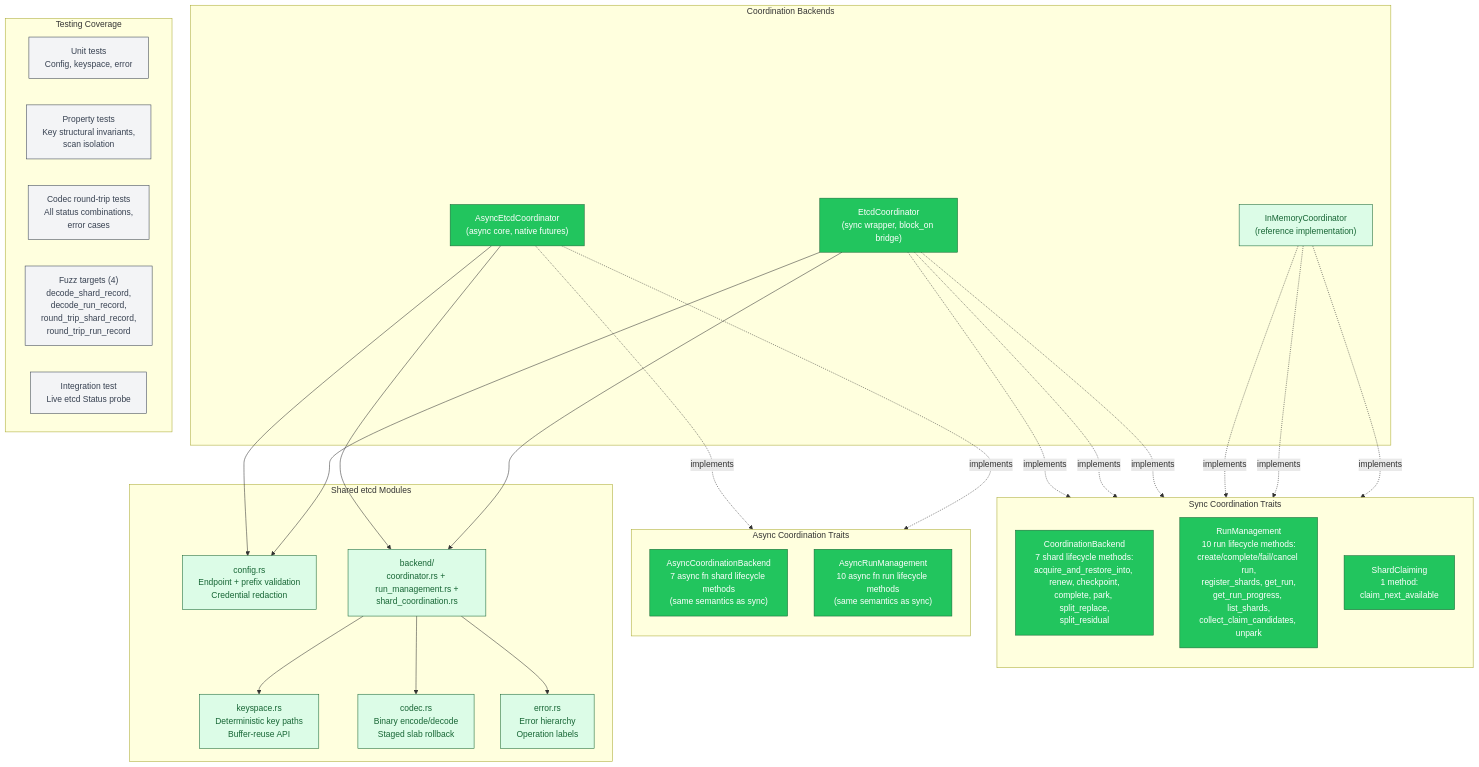
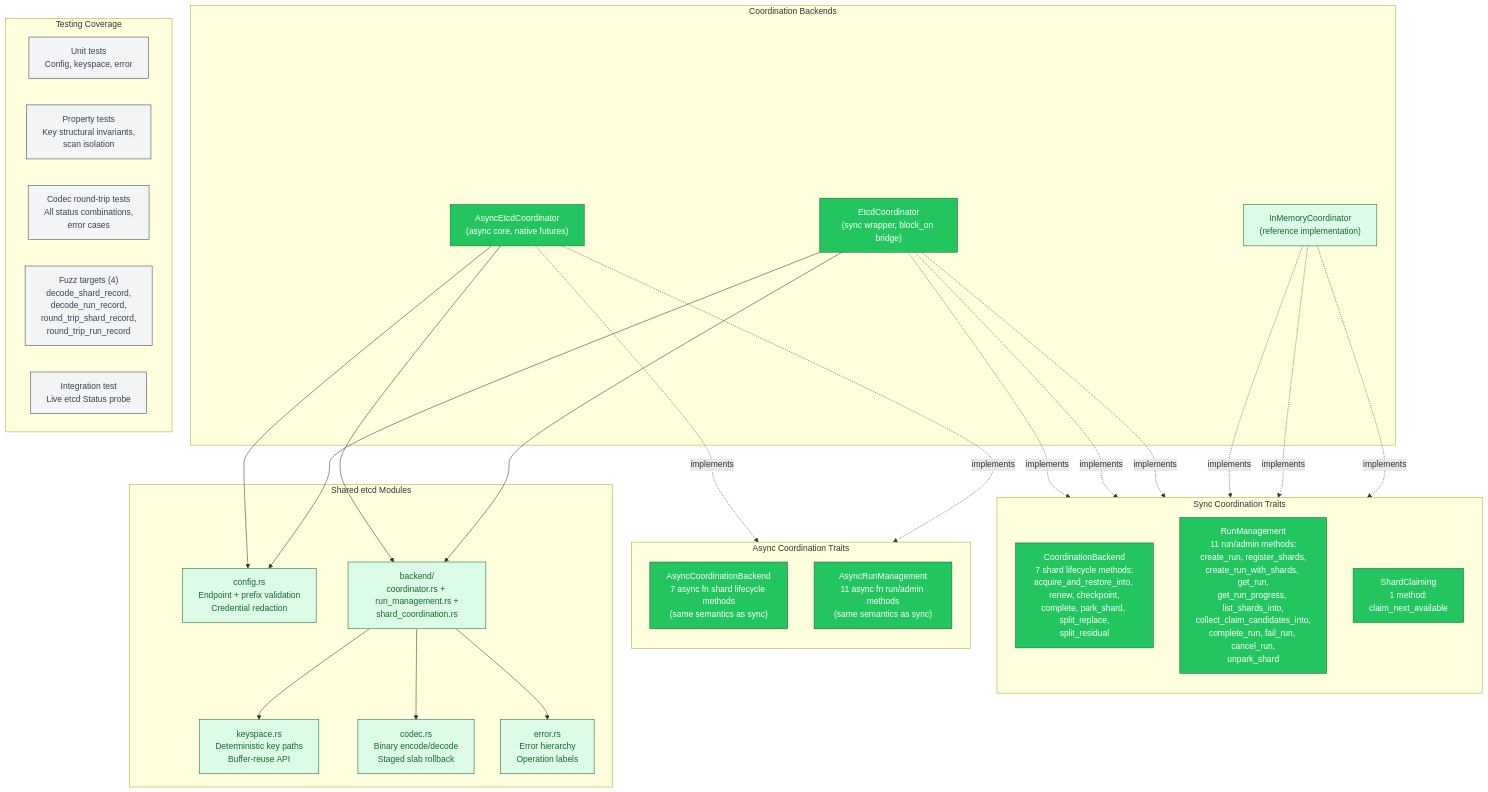
Before and after one commit to ahrav/Gossip-rs: the sixth of 6 diagrams in diagrams/20-etcd-coordinator-persistence.md, drawn with Mermaid. The commit also changed 3 other files, not shown here.

````diff
--- a/diagrams/20-etcd-coordinator-persistence.md
+++ b/diagrams/20-etcd-coordinator-persistence.md
@@ -463,80 +463,80 @@
 ```mermaid
 %% Diagram: etcd-trait-integration
 graph TB
     subgraph sync_traits ["Sync Coordination Traits"]
         direction TB
-        CB_TRAIT["CoordinationBackend<br/>7 shard lifecycle methods:<br/>acquire_and_restore_into, renew, checkpoint,<br/>complete, park, split_replace,<br/>split_residual"]
-        RM_TRAIT["RunManagement<br/>10 run lifecycle methods:<br/>create/complete/fail/cancel run,<br/>register_shards, get_run,<br/>get_run_progress, list_shards,<br/>collect_claim_candidates, unpark"]
+        CB_TRAIT["CoordinationBackend<br/>7 shard lifecycle methods:<br/>acquire_and_restore_into, renew, checkpoint,<br/>complete, park_shard, split_replace,<br/>split_residual"]
+        RM_TRAIT["RunManagement<br/>11 run/admin methods:<br/>create_run, register_shards,<br/>create_run_with_shards, get_run,<br/>get_run_progress, list_shards_into,<br/>collect_claim_candidates_into,<br/>complete_run, fail_run, cancel_run,<br/>unpark_shard"]
         SC_TRAIT["ShardClaiming<br/>1 method:<br/>claim_next_available"]
     end
 
     subgraph async_traits ["Async Coordination Traits"]
         direction TB
         ACB_TRAIT["AsyncCoordinationBackend<br/>7 async fn shard lifecycle methods<br/>(same semantics as sync)"]
-        ARM_TRAIT["AsyncRunManagement<br/>10 async fn run lifecycle methods<br/>(same semantics as sync)"]
+        ARM_TRAIT["AsyncRunManagement<br/>11 async fn run/admin methods<br/>(same semantics as sync)"]
     end
 
     subgraph backends ["Coordination Backends"]
         INMEM_BACK["InMemoryCoordinator<br/>(reference implementation)"]
         ETCD_BACK["EtcdCoordinator<br/>(sync wrapper, block_on bridge)"]
         ASYNC_ETCD_BACK["AsyncEtcdCoordinator<br/>(async core, native futures)"]
     end
 
     subgraph etcd_modules ["Shared etcd Modules"]
         MOD_CONFIG["config.rs<br/>Endpoint + prefix validation<br/>Credential redaction"]
         MOD_KS["keyspace.rs<br/>Deterministic key paths<br/>Buffer-reuse API"]
         MOD_CODEC["codec.rs<br/>Binary encode/decode<br/>Staged slab rollback"]
         MOD_ERR["error.rs<br/>Error hierarchy<br/>Operation labels"]
         MOD_BACK["backend/<br/>coordinator.rs + run_management.rs +<br/>shard_coordination.rs"]
     end
 
     subgraph testing ["Testing Coverage"]
         UNIT["Unit tests<br/>Config, keyspace, error"]
         PROP["Property tests<br/>Key structural invariants,<br/>scan isolation"]
         CODEC_TEST["Codec round-trip tests<br/>All status combinations,<br/>error cases"]
         FUZZ["Fuzz targets (4)<br/>decode_shard_record,<br/>decode_run_record,<br/>round_trip_shard_record,<br/>round_trip_run_record"]
         INTEG["Integration test<br/>Live etcd Status probe"]
     end
 
     INMEM_BACK -.->|"implements"| CB_TRAIT
     INMEM_BACK -.->|"implements"| RM_TRAIT
     INMEM_BACK -.->|"implements"| SC_TRAIT
 
     ETCD_BACK -.->|"implements"| CB_TRAIT
     ETCD_BACK -.->|"implements"| RM_TRAIT
     ETCD_BACK -.->|"implements"| SC_TRAIT
 
     ASYNC_ETCD_BACK -.->|"implements"| ACB_TRAIT
     ASYNC_ETCD_BACK -.->|"implements"| ARM_TRAIT
 
     ETCD_BACK --> MOD_CONFIG
     ETCD_BACK --> MOD_BACK
     ASYNC_ETCD_BACK --> MOD_CONFIG
     ASYNC_ETCD_BACK --> MOD_BACK
 
     MOD_BACK --> MOD_KS
     MOD_BACK --> MOD_CODEC
     MOD_BACK --> MOD_ERR
 
     style CB_TRAIT fill:#22C55E,stroke:#166534,color:#FFF
     style RM_TRAIT fill:#22C55E,stroke:#166534,color:#FFF
     style SC_TRAIT fill:#22C55E,stroke:#166534,color:#FFF
     style ACB_TRAIT fill:#22C55E,stroke:#166534,color:#FFF
     style ARM_TRAIT fill:#22C55E,stroke:#166534,color:#FFF
 
     style INMEM_BACK fill:#DCFCE7,stroke:#166534,color:#166534
     style ETCD_BACK fill:#22C55E,stroke:#166534,color:#FFF
     style ASYNC_ETCD_BACK fill:#22C55E,stroke:#166534,color:#FFF
 
     style MOD_CONFIG fill:#DCFCE7,stroke:#166534,color:#166534
     style MOD_KS fill:#DCFCE7,stroke:#166534,color:#166534
     style MOD_CODEC fill:#DCFCE7,stroke:#166534,color:#166534
     style MOD_ERR fill:#DCFCE7,stroke:#166534,color:#166534
     style MOD_BACK fill:#DCFCE7,stroke:#166534,color:#166534
 
     style UNIT fill:#F3F4F6,stroke:#374151,color:#374151
     style PROP fill:#F3F4F6,stroke:#374151,color:#374151
     style CODEC_TEST fill:#F3F4F6,stroke:#374151,color:#374151
     style FUZZ fill:#F3F4F6,stroke:#374151,color:#374151
     style INTEG fill:#F3F4F6,stroke:#374151,color:#374151
 ```
````
